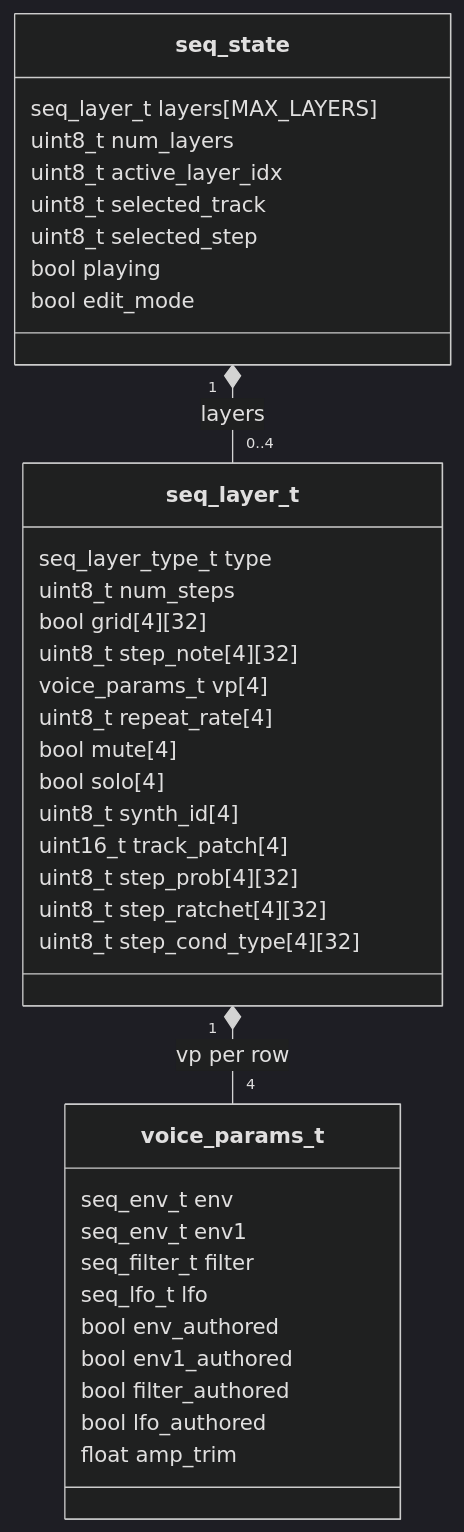
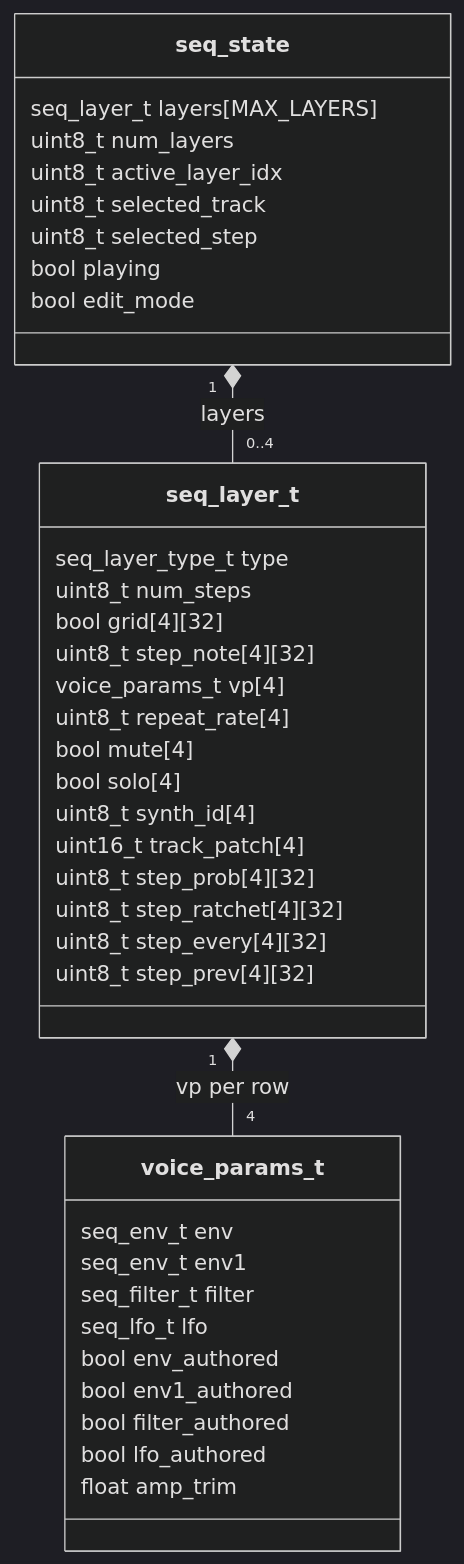
The first of 4 diagrams in SEQUENCER-ARCHITECTURE.md (cxandy/S3-Amysynth), drawn with Mermaid (dark theme) before and after one commit. The commit also changed other lines of this file and 5 other files, not shown here.

````diff
--- a/SEQUENCER-ARCHITECTURE.md
+++ b/SEQUENCER-ARCHITECTURE.md
@@ -111,40 +111,41 @@
 ```mermaid
 classDiagram
     class seq_state {
         seq_layer_t layers[MAX_LAYERS]
         uint8_t num_layers
         uint8_t active_layer_idx
         uint8_t selected_track
         uint8_t selected_step
         bool playing
         bool edit_mode
     }
     class seq_layer_t {
         seq_layer_type_t type
         uint8_t num_steps
         bool grid[4][32]
         uint8_t step_note[4][32]
         voice_params_t vp[4]
         uint8_t repeat_rate[4]
         bool mute[4]
         bool solo[4]
         uint8_t synth_id[4]
         uint16_t track_patch[4]
         uint8_t step_prob[4][32]
         uint8_t step_ratchet[4][32]
-        uint8_t step_cond_type[4][32]
+        uint8_t step_every[4][32]
+        uint8_t step_prev[4][32]
     }
     class voice_params_t {
         seq_env_t env
         seq_env_t env1
         seq_filter_t filter
         seq_lfo_t lfo
         bool env_authored
         bool env1_authored
         bool filter_authored
         bool lfo_authored
         float amp_trim
     }
     seq_state "1" *-- "0..4" seq_layer_t : layers
     seq_layer_t "1" *-- "4" voice_params_t : vp per row
 ```
````
